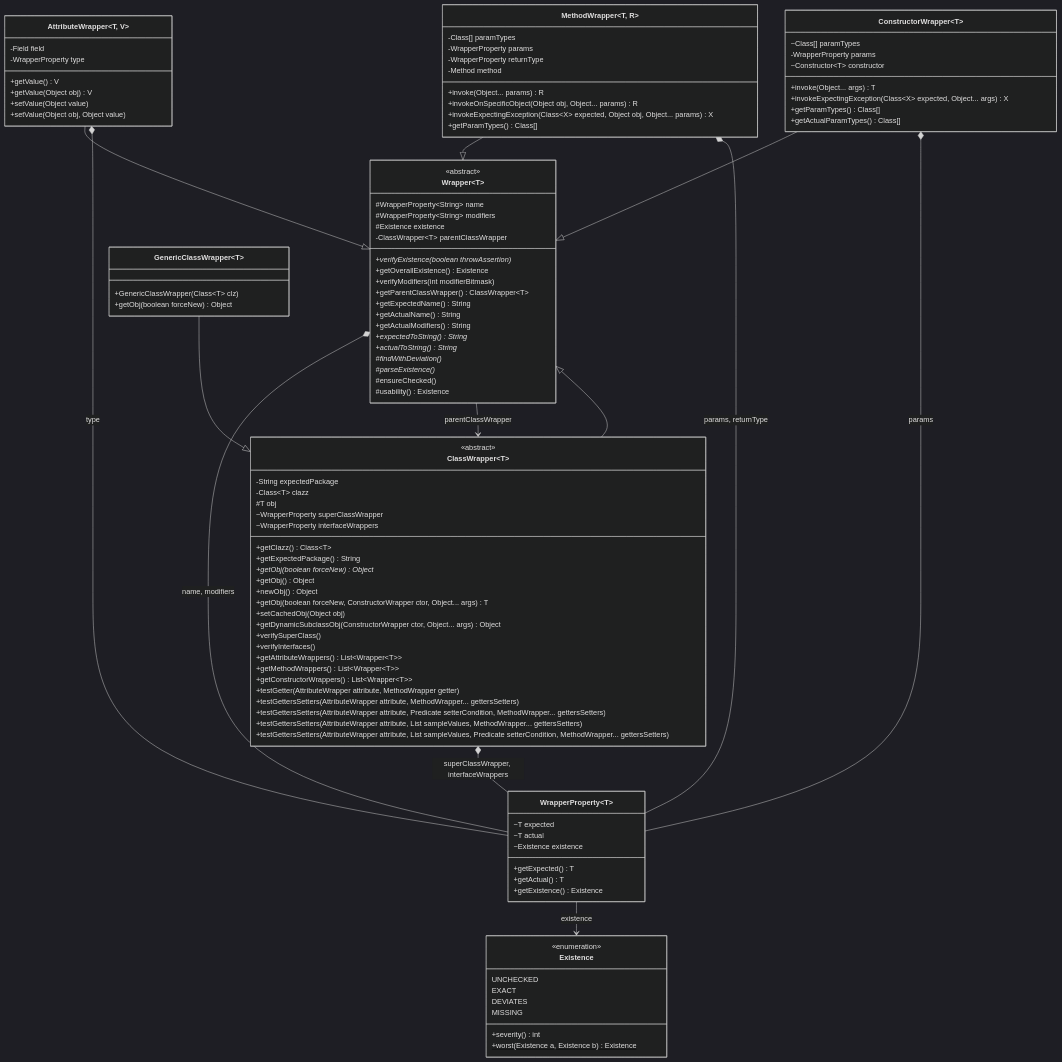
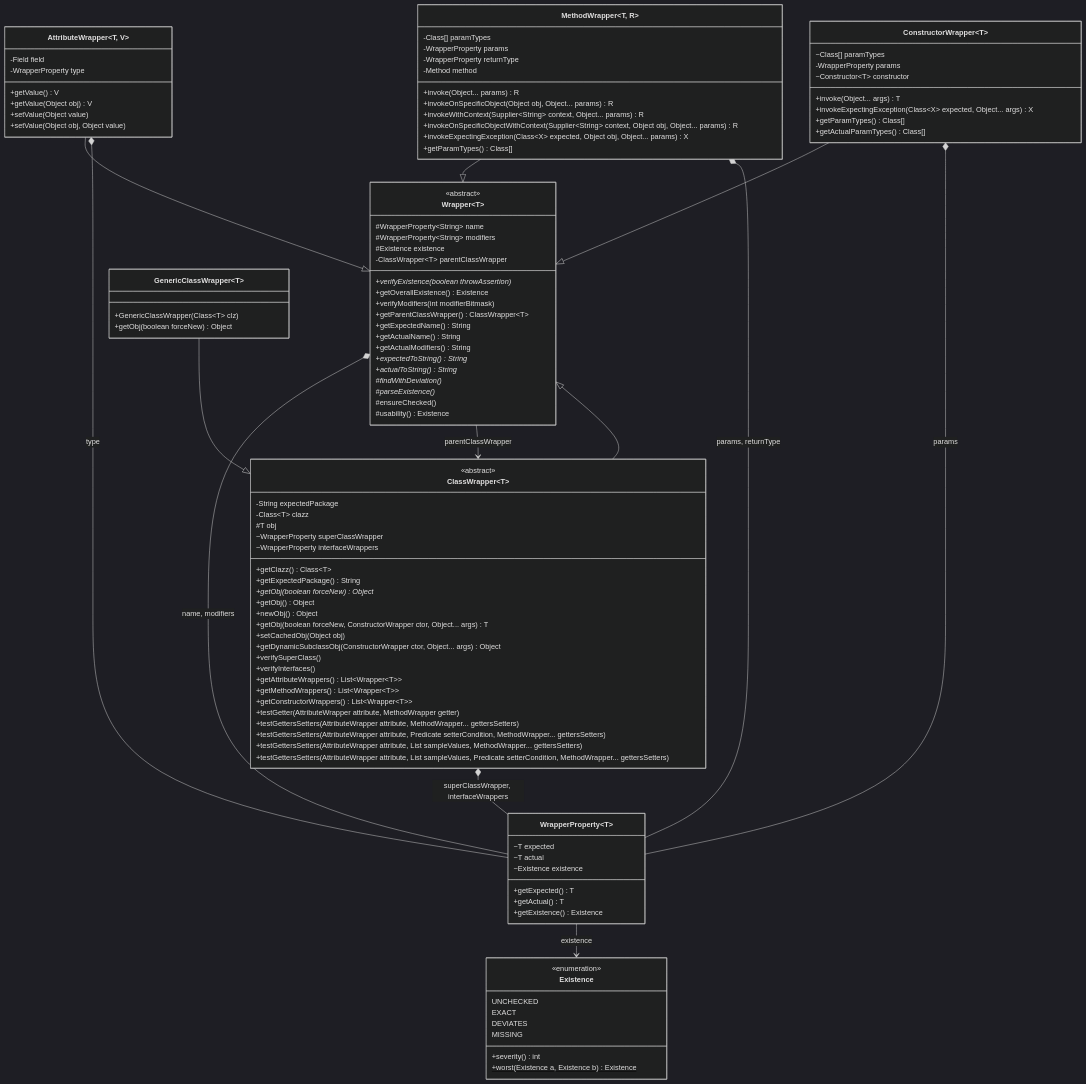
Before and after one commit to ValentinHerrmann/Levenshtein-Testing-Framework: the second of 4 diagrams in docs/architecture.md, drawn with Mermaid (dark theme). The commit also changed other lines of this file and 21 other files, not shown here.

```diff
--- a/docs/architecture.md
+++ b/docs/architecture.md
@@ -161,6 +161,8 @@
         -Method method
         +invoke(Object... params) R
         +invokeOnSpecificObject(Object obj, Object... params) R
+        +invokeWithContext(Supplier~String~ context, Object... params) R
+        +invokeOnSpecificObjectWithContext(Supplier~String~ context, Object obj, Object... params) R
         +invokeExpectingException(Class~X~ expected, Object obj, Object... params) X
         +getParamTypes() Class[]
     }
```
